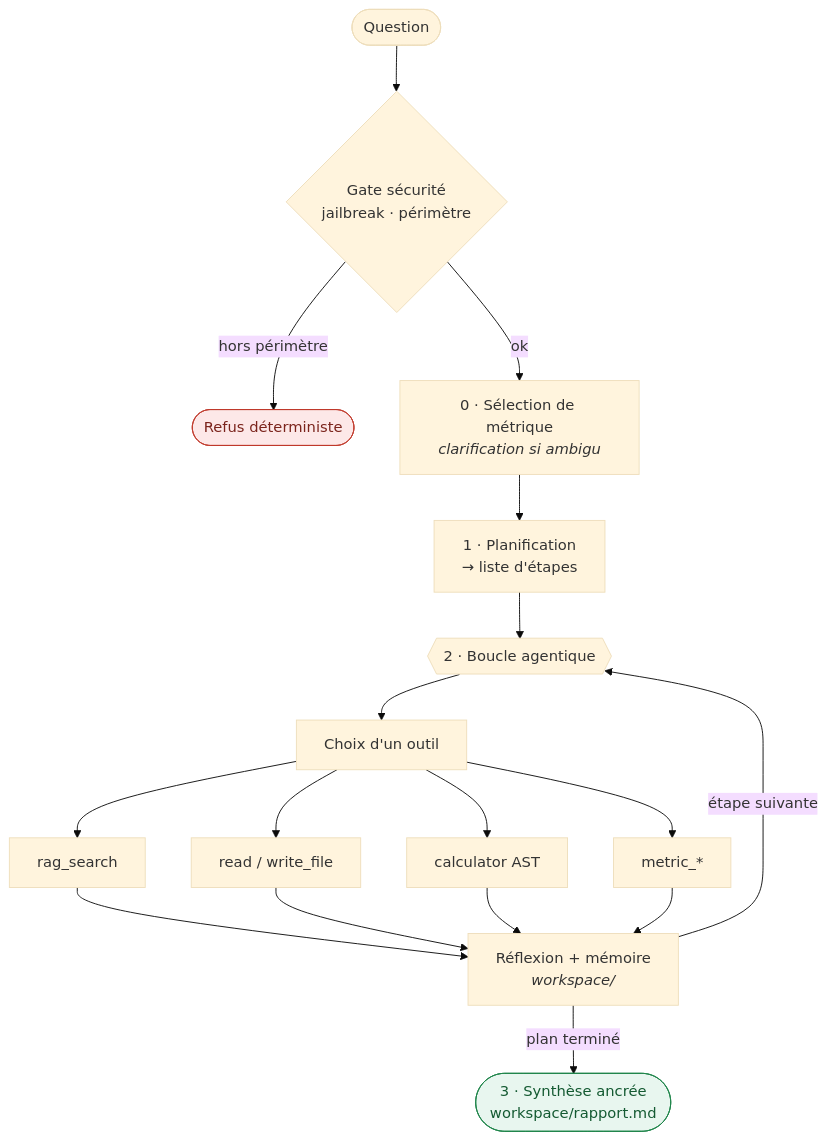
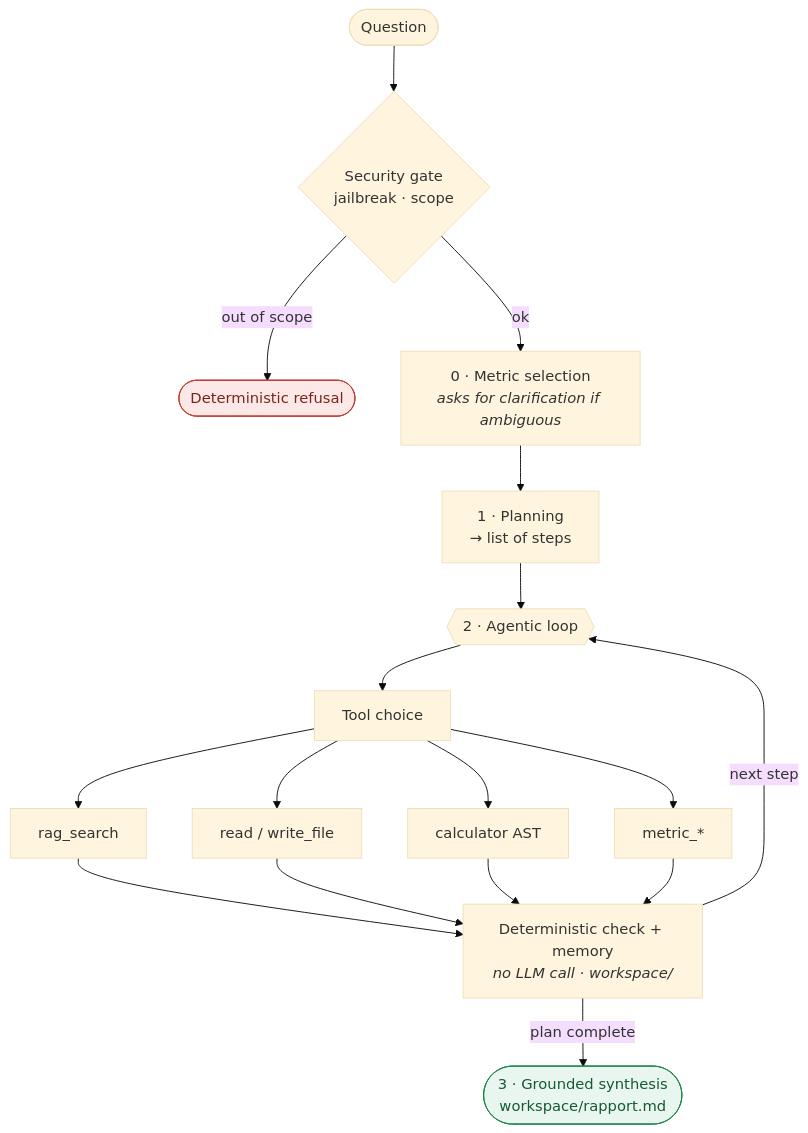
The diagram in README.md (matteo799/agent-modulaire), drawn with Mermaid (base theme) before and after one commit. The commit also changed other lines of this file and 11 other files, not shown here.

````diff
--- a/README.md
+++ b/README.md
@@ -22,21 +85,21 @@
 ```mermaid
 flowchart TD
-    Q([Question]) --> G{Gate sécurité<br/>jailbreak · périmètre}
-    G -->|hors périmètre| STOP([Refus déterministe])
-    G -->|ok| S[0 · Sélection de métrique<br/><i>clarification si ambigu</i>]
-    S --> P[1 · Planification<br/>→ liste d'étapes]
-    P --> L{{2 · Boucle agentique}}
-    L --> T[Choix d'un outil]
+    Q([Question]) --> G{Security gate<br/>jailbreak · scope}
+    G -->|out of scope| STOP([Deterministic refusal])
+    G -->|ok| S[0 · Metric selection<br/><i>asks for clarification if ambiguous</i>]
+    S --> P[1 · Planning<br/>→ list of steps]
+    P --> L{{2 · Agentic loop}}
+    L --> T[Tool choice]
     T --> RAG[rag_search]
     T --> IO[read / write_file]
     T --> CALC[calculator AST]
     T --> MET[metric_*]
-    RAG & IO & CALC & MET --> R[Réflexion + mémoire<br/><i>workspace/</i>]
-    R -->|étape suivante| L
-    R -->|plan terminé| SYN([3 · Synthèse ancrée<br/>workspace/rapport.md])
+    RAG & IO & CALC & MET --> R[Deterministic check + memory<br/><i>no LLM call · workspace/</i>]
+    R -->|next step| L
+    R -->|plan complete| SYN([3 · Grounded synthesis<br/>workspace/rapport.md])
 
     classDef stop fill:#fde8e8,stroke:#c0392b,color:#7b241c;
     classDef done fill:#e8f6ef,stroke:#1e8449,color:#145a32;
     class STOP stop;
     class SYN done;
 ```
````
